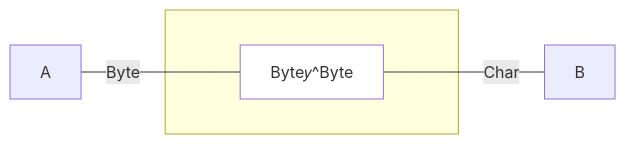
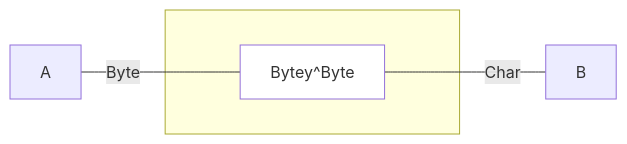
The third of 3 diagrams in README.md (julianpeeters/polynomial), drawn with Mermaid before and after one commit. The commit also changed other lines of this file, not shown here.

````diff
--- a/README.md
+++ b/README.md
@@ -129,14 +129,14 @@
 ```mermaid
 graph LR;
   A:::hidden---|Byte|A2[ ]:::point
 subgraph s[ ]
   A2:::point---MermaidPMono
-  MermaidPMono[Byte𝑦^Byte]:::empty
+  MermaidPMono[Bytey^Byte]:::empty
   MermaidPMono---B2
 end
 B2[ ]:::point---|Char|B:::hidden;
 
 classDef empty fill:background;
 classDef point width:0px, height:0px;
 classDef title stroke-width:0px, fill:background;
 ```
````
